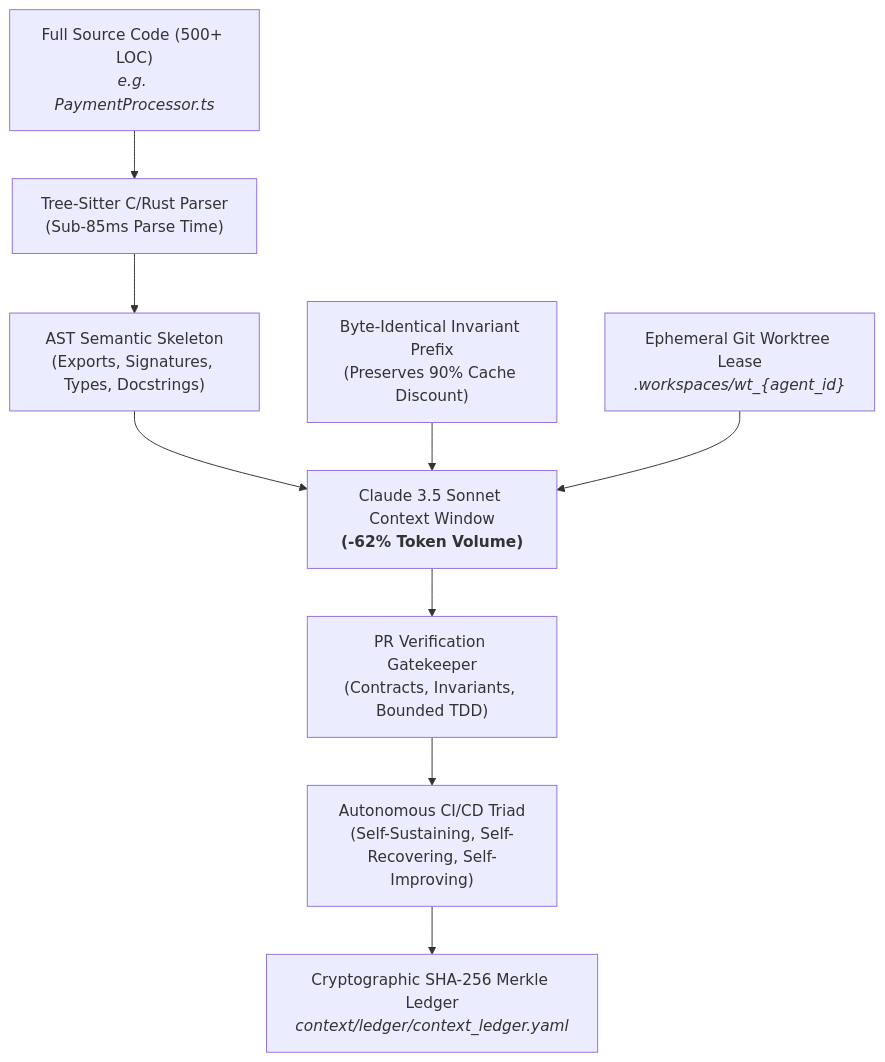
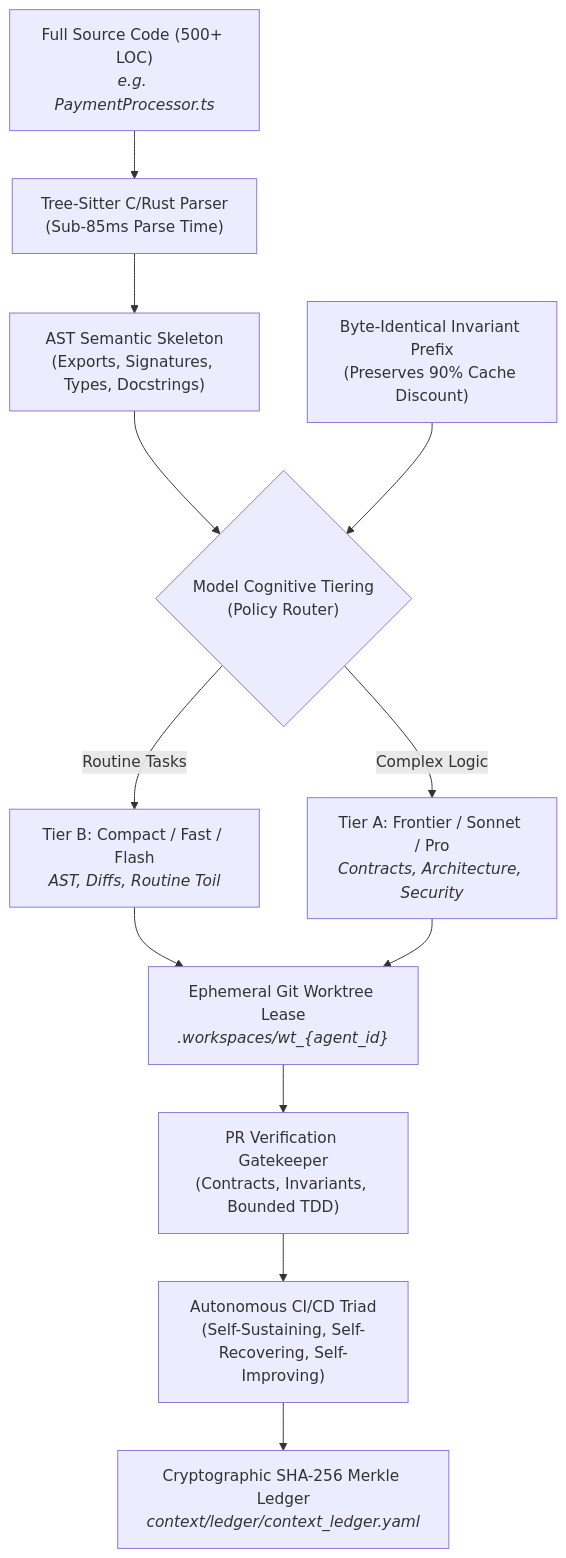
One commit to lakhwindersingh/nb_fairyfly changed the second of 4 diagrams in user/outputs/token_savings_whitepaper.md. Above: the diagram before and after it, drawn with Mermaid. The commit also changed other lines of this file and 6 other files, not shown here.

Commit message:
docs(whitepaper): update token savings whitepaper with live workspace telemetry, cognitive tiering, and poisoning defense data

````diff
--- a/user/outputs/token_savings_whitepaper.md
+++ b/user/outputs/token_savings_whitepaper.md
@@ -80,17 +93,23 @@
 ```mermaid
 flowchart TD
   RawCode["Full Source Code (500+ LOC)<br/><i>e.g. PaymentProcessor.ts</i>"]
   AST["Tree-Sitter C/Rust Parser<br/>(Sub-85ms Parse Time)"]
   Skeleton["AST Semantic Skeleton<br/>(Exports, Signatures, Types, Docstrings)"]
   Cache["Byte-Identical Invariant Prefix<br/>(Preserves 90% Cache Discount)"]
+  Router{"Model Cognitive Tiering<br/>(Policy Router)"}
+  TierB["Tier B: Compact / Fast / Flash<br/><i>AST, Diffs, Routine Toil</i>"]
+  TierA["Tier A: Frontier / Sonnet / Pro<br/><i>Contracts, Architecture, Security</i>"]
   Worktree["Ephemeral Git Worktree Lease<br/><i>.workspaces/wt_{agent_id}</i>"]
-  LLM["Claude 3.5 Sonnet Context Window<br/><b>(-62% Token Volume)</b>"]
   Gate["PR Verification Gatekeeper<br/>(Contracts, Invariants, Bounded TDD)"]
   Triad["Autonomous CI/CD Triad<br/>(Self-Sustaining, Self-Recovering, Self-Improving)"]
   Merkle["Cryptographic SHA-256 Merkle Ledger<br/><i>context/ledger/context_ledger.yaml</i>"]
 
-  RawCode --> AST --> Skeleton --> LLM
-  Cache --> LLM
-  Worktree --> LLM
-  LLM --> Gate --> Triad --> Merkle
+  RawCode --> AST --> Skeleton
+  Skeleton --> Router
+  Cache --> Router
+  Router -->|Routine Tasks| TierB
+  Router -->|Complex Logic| TierA
+  TierB --> Worktree
+  TierA --> Worktree
+  Worktree --> Gate --> Triad --> Merkle
 ```
````
